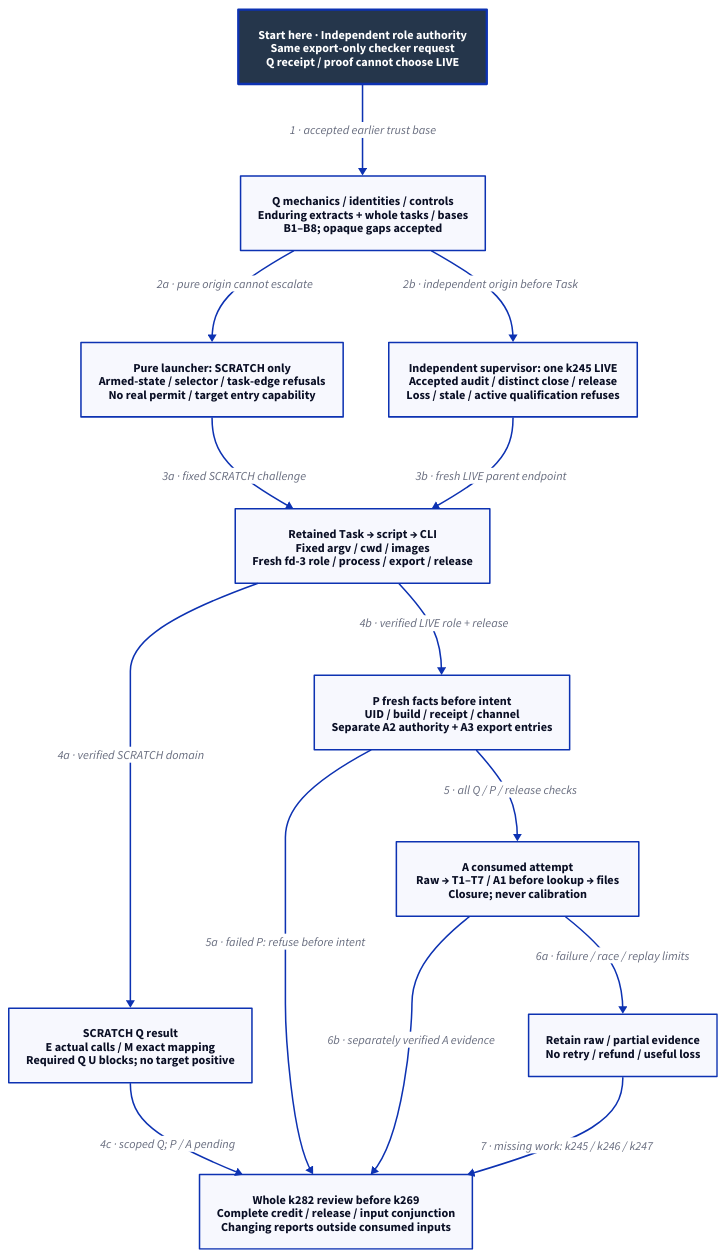
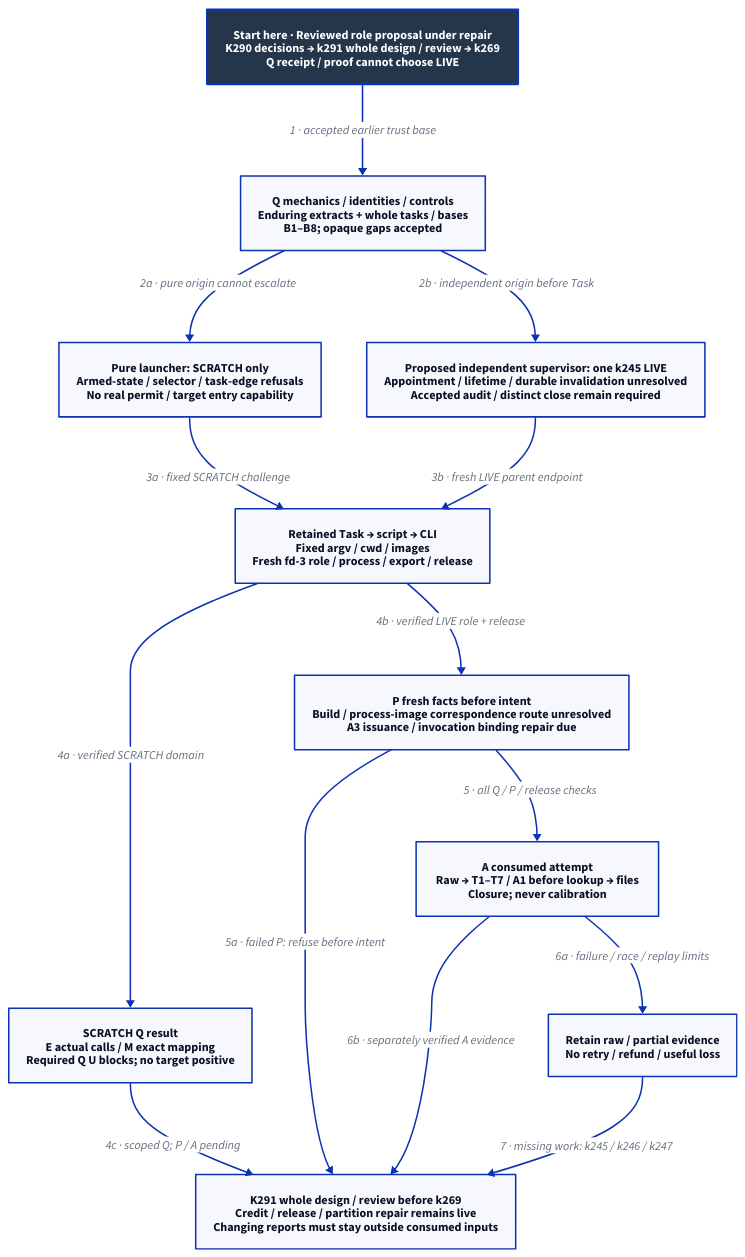
Before and after one commit to Linkuistics/Koine: the diagram in docs/design/architecture/native-reference-packaging.d2, drawn with D2. The commit also changed 51 other files, not shown here.

Commit message:
Integrate admission review and queue bounded session-authority repair (reference-evidence-admission-completion-k289)

```diff
--- a/docs/design/architecture/native-reference-packaging.d2
+++ b/docs/design/architecture/native-reference-packaging.d2
@@ -1,28 +1,28 @@
 # Proposed staged credit; no artifact, release or operation is qualified.
 direction: down
 classes: {
   start: {style: {fill: "#25364B"; font-color: "#FFFFFF"; bold: true; stroke-width: 3}}
 }
-Start: "Start here · Independent role authority\nSame export-only checker request\nQ receipt / proof cannot choose LIVE" {class: start}
+Start: "Start here · Reviewed role proposal under repair\nK290 decisions → k291 whole design / review → k269\nQ receipt / proof cannot choose LIVE" {class: start}
 Ready: "Q mechanics / identities / controls\nEnduring extracts + whole tasks / bases\nB1–B8; opaque gaps accepted"
 Task: "Retained Task → script → CLI\nFixed argv / cwd / images\nFresh fd-3 role / process / export / release"
 Scratch: "Pure launcher: SCRATCH only\nArmed-state / selector / task-edge refusals\nNo real permit / target entry capability"
-Live: "Independent supervisor: one k245 LIVE\nAccepted audit / distinct close / release\nLoss / stale / active qualification refuses"
+Live: "Proposed independent supervisor: one k245 LIVE\nAppointment / lifetime / durable invalidation unresolved\nAccepted audit / distinct close remain required"
 Proof: "SCRATCH Q result\nE actual calls / M exact mapping\nRequired Q U blocks; no target positive"
-Preflight: "P fresh facts before intent\nUID / build / receipt / channel\nSeparate A2 authority + A3 export entries"
+Preflight: "P fresh facts before intent\nBuild / process-image correspondence route unresolved\nA3 issuance / invocation binding repair due"
 Attempt: "A consumed attempt\nRaw → T1–T7 / A1 before lookup → files\nClosure; never calibration"
 Failure: "Retain raw / partial evidence\nNo retry / refund / useful loss"
-Final: "Whole k282 review before k269\nComplete credit / release / input conjunction\nChanging reports outside consumed inputs"
+Final: "K291 whole design / review before k269\nCredit / release / partition repair remains live\nChanging reports must stay outside consumed inputs"
 Start -> Ready: "1 · accepted earlier trust base"
 Ready -> Scratch: "2a · pure origin cannot escalate"
 Ready -> Live: "2b · independent origin before Task"
 Scratch -> Task: "3a · fixed SCRATCH challenge"
 Live -> Task: "3b · fresh LIVE parent endpoint"
 Task -> Proof: "4a · verified SCRATCH domain"
 Proof -> Final: "4c · scoped Q; P / A pending"
 Task -> Preflight: "4b · verified LIVE role + release"
 Preflight -> Attempt: "5 · all Q / P / release checks"
 Preflight -> Final: "5a · failed P: refuse before intent"
 Attempt -> Failure: "6a · failure / race / replay limits"
 Attempt -> Final: "6b · separately verified A evidence"
 Failure -> Final: "7 · missing work: k245 / k246 / k247"
```
